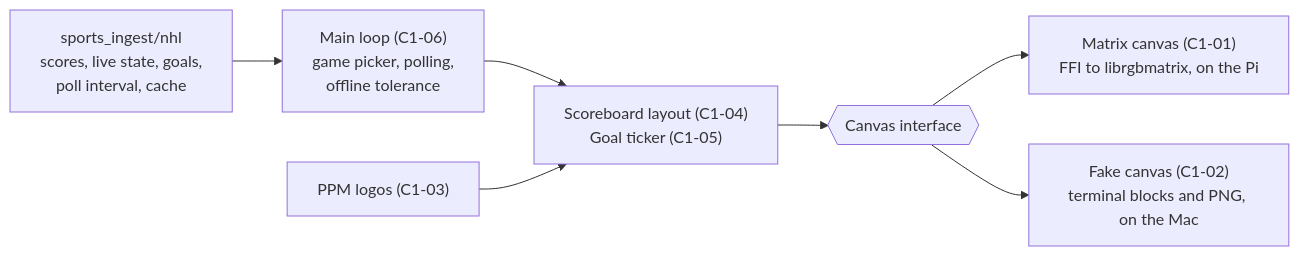
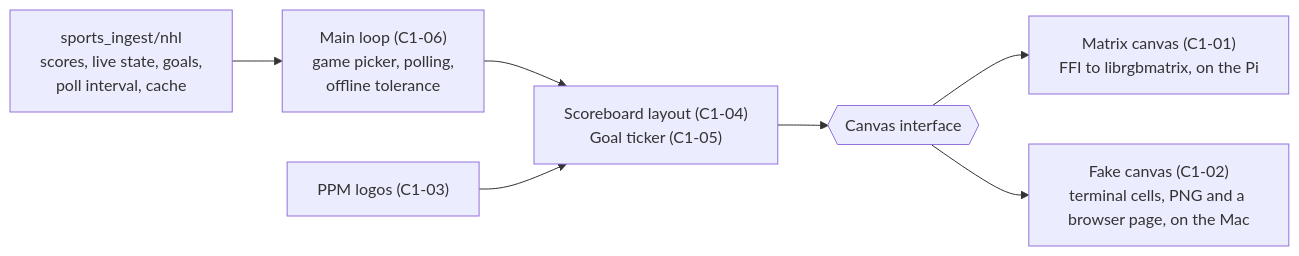
One commit to BryceARich/nhl_scoreboard changed the diagram in docs/ARCHITECTURE.md. Above: the diagram before and after it, drawn with Mermaid. The commit also changed other lines of this file and 10 other files, not shown here.

````diff
--- a/docs/ARCHITECTURE.md
+++ b/docs/ARCHITECTURE.md
@@ -10,9 +10,9 @@
 ```mermaid
 flowchart LR
     ingest["sports_ingest/nhl<br/>scores, live state, goals,<br/>poll interval, cache"] --> loop["Main loop (C1-06)<br/>game picker, polling,<br/>offline tolerance"]
     loop --> layout["Scoreboard layout (C1-04)<br/>Goal ticker (C1-05)"]
     logos["PPM logos (C1-03)"] --> layout
     layout --> canvas{{"Canvas interface"}}
     canvas --> real["Matrix canvas (C1-01)<br/>FFI to librgbmatrix, on the Pi"]
-    canvas --> fake["Fake canvas (C1-02)<br/>terminal blocks and PNG, on the Mac"]
+    canvas --> fake["Fake canvas (C1-02)<br/>terminal cells, PNG and a browser page, on the Mac"]
 ```
````
